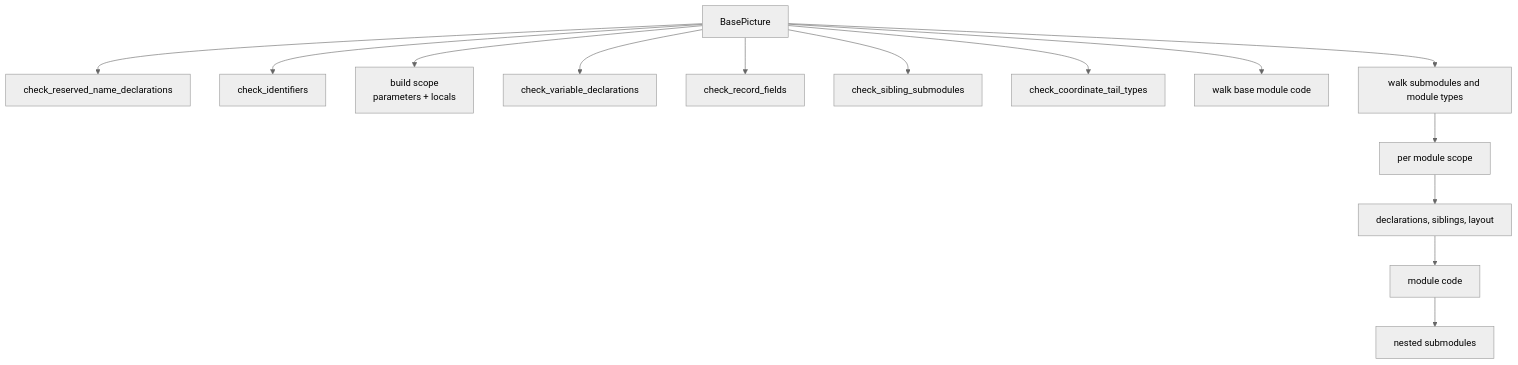
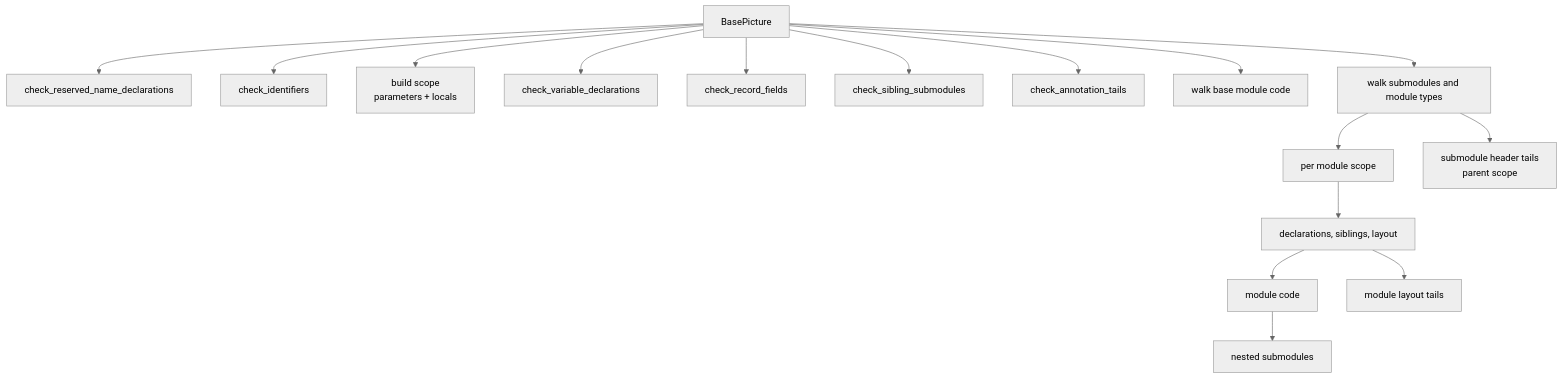
Before and after one commit to SorenHJohansen/sattline-parser: the second of 2 diagrams in docs/validation.md, drawn with Mermaid (neutral theme). The commit also changed other lines of this file and 21 other files, not shown here.

First line of the commit message:
feat(ast): walk annotation tails and report their uses

````diff
--- a/docs/validation.md
+++ b/docs/validation.md
@@ -65,16 +65,18 @@
 ```mermaid
 flowchart TB
     ROOT["BasePicture"] --> R1["check_reserved_name_declarations"]
     ROOT --> R2["check_identifiers"]
     ROOT --> R3["build scope<br/>parameters + locals"]
     ROOT --> R4["check_variable_declarations"]
     ROOT --> R5["check_record_fields"]
     ROOT --> R6["check_sibling_submodules"]
-    ROOT --> R7["check_coordinate_tail_types"]
+    ROOT --> R7["check_annotation_tails"]
     ROOT --> R8["walk base module code"]
     ROOT --> R9["walk submodules and module types"]
     R9 --> S1["per module scope"]
     S1 --> S2["declarations, siblings, layout"]
     S2 --> S3["module code"]
+    S2 --> S5["module layout tails"]
+    R9 --> S6["submodule header tails<br/>parent scope"]
     S3 --> S4["nested submodules"]
 ```
````
